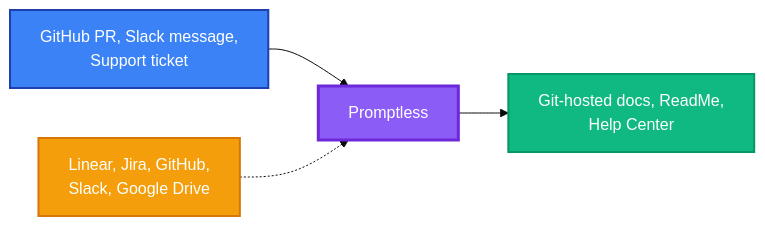
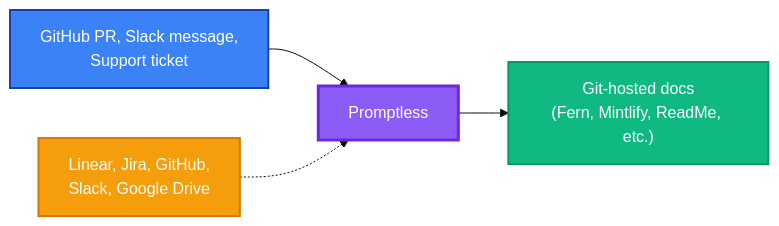
The diagram in fern/docs/index.mdx (Promptless/docs), drawn with Mermaid (base theme) before and after one commit. The commit also changed other lines of this file, not shown here.

````diff
--- a/fern/docs/index.mdx
+++ b/fern/docs/index.mdx
@@ -30,16 +30,16 @@
 ```mermaid
 graph LR
     TRIGGERS["GitHub PR, Slack message,<br/>Support ticket"]
     CONTEXT["Linear, Jira, GitHub,<br/>Slack, Google Drive"]
-    DOCS["Git-hosted docs, ReadMe,<br/>Help Center"]
+    DOCS["Git-hosted docs<br/>(Fern, Mintlify, ReadMe, etc.)"]
     
     TRIGGERS --> PROMPTLESS
     PROMPTLESS["Promptless"]
     CONTEXT -.-> PROMPTLESS
     PROMPTLESS --> DOCS
     
     style TRIGGERS fill:#3b82f6,stroke:#1e40af,stroke-width:2px,color:#fff
     style CONTEXT fill:#f59e0b,stroke:#d97706,stroke-width:2px,color:#fff
     style DOCS fill:#10b981,stroke:#059669,stroke-width:2px,color:#fff
     style PROMPTLESS fill:#8b5cf6,stroke:#6d28d9,stroke-width:3px,color:#fff
 ```
````
